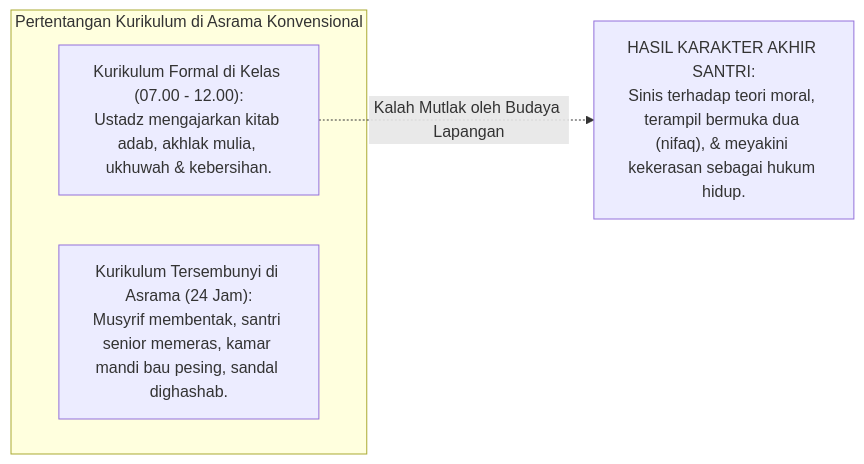
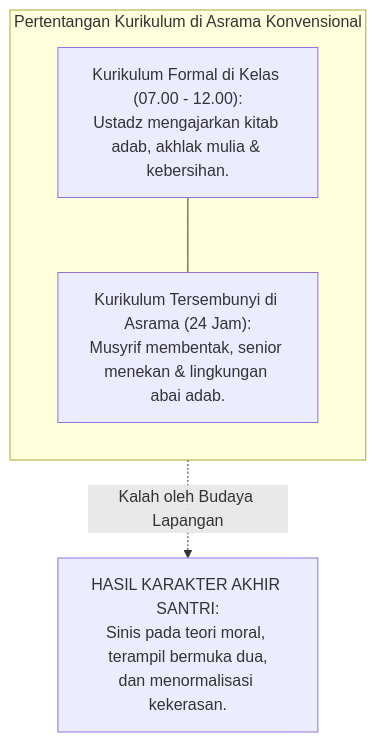
One commit to wandiapriliyandi/tumbuh changed the third of 4 diagrams in BOOK Series 1/01-The-Fundamental-of-TUMBUH/Bab-06-Falsafah-Tarbiyah-Tadib-dan-Ekosistem-Keteladanan.md. Above: the diagram before and after it, drawn with Mermaid. The commit also changed other lines of this file and 35 other files, not shown here.

Commit message:
fix(book-01): optimasi keterbacaan diagram mermaid pada seluruh bab dan perbarui 20 file PDF

````diff
--- a/BOOK Series 1/01-The-Fundamental-of-TUMBUH/Bab-06-Falsafah-Tarbiyah-Tadib-dan-Ekosistem-Keteladanan.md
+++ b/BOOK Series 1/01-The-Fundamental-of-TUMBUH/Bab-06-Falsafah-Tarbiyah-Tadib-dan-Ekosistem-Keteladanan.md
@@ -260,9 +255,11 @@
 ```mermaid
-graph LR
+graph TD
     subgraph KONTRADIKSI_TRADISIONAL["Pertentangan Kurikulum di Asrama Konvensional"]
-        KF["Kurikulum Formal di Kelas (07.00 - 12.00):<br/>Ustadz mengajarkan kitab adab, akhlak mulia, ukhuwah & kebersihan."]
-        KT["Kurikulum Tersembunyi di Asrama (24 Jam):<br/>Musyrif membentak, santri senior memeras, kamar mandi bau pesing, sandal dighashab."]
+        direction TB
+        KF["Kurikulum Formal di Kelas (07.00 - 12.00):<br/>Ustadz mengajarkan kitab adab, akhlak mulia & kebersihan."]
+        KT["Kurikulum Tersembunyi di Asrama (24 Jam):<br/>Musyrif membentak, senior menekan & lingkungan abai adab."]
+        KF --- KT
     end
 
-    KF -.->|Kalah Mutlak oleh Budaya Lapangan| HASIL["HASIL KARAKTER AKHIR SANTRI:<br/>Sinis terhadap teori moral, terampil bermuka dua (nifaq), & meyakini kekerasan sebagai hukum hidup."]
+    KONTRADIKSI_TRADISIONAL -.->|Kalah oleh Budaya Lapangan| HASIL["HASIL KARAKTER AKHIR SANTRI:<br/>Sinis pada teori moral, terampil bermuka dua,<br/>dan menormalisasi kekerasan."]
 ```
````
